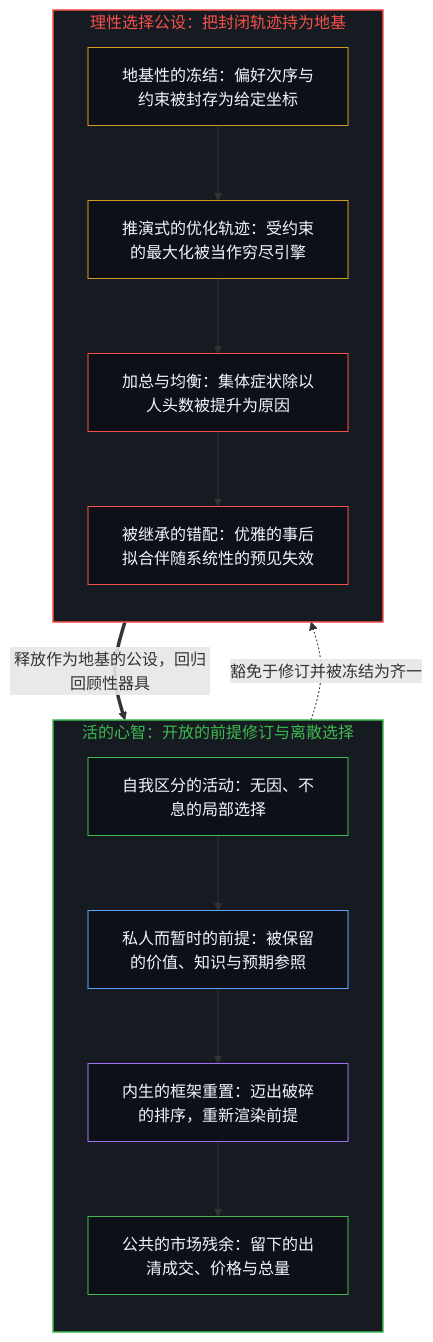
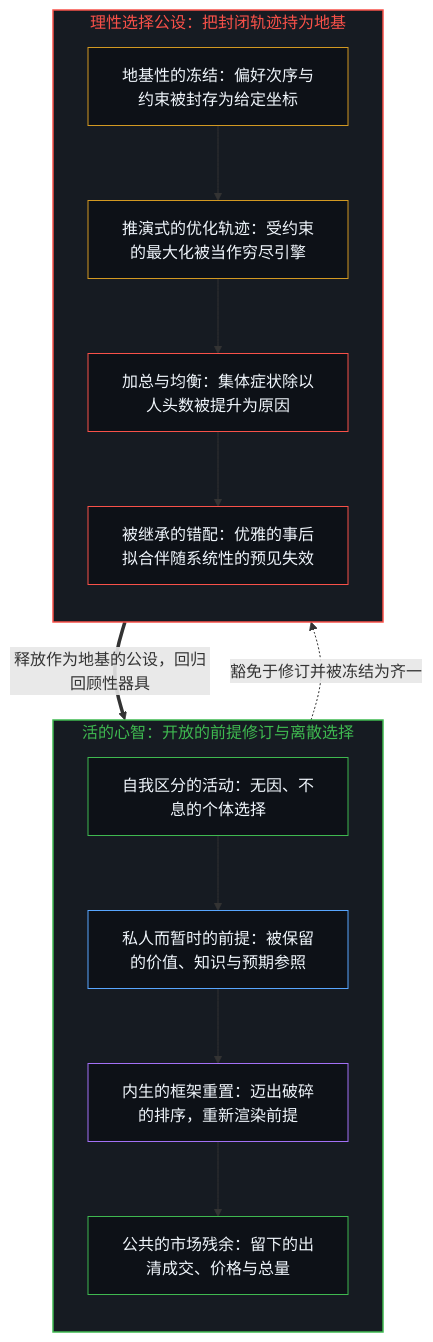
One commit to powerpig99/not-a-toe changed the first of 2 diagrams in content/posts/the-rational-choice-postulate-is-the-original-sin.md. Above: the diagram before and after it, drawn with Mermaid. The commit also changed other lines of this file and 3 other files, not shown here.

````diff
--- a/content/posts/the-rational-choice-postulate-is-the-original-sin.md
+++ b/content/posts/the-rational-choice-postulate-is-the-original-sin.md
@@ -27,34 +27,31 @@
 ```mermaid
 flowchart TD
     subgraph S_Open["活的心智：开放的前提修订与离散选择"]
         direction TB
-        O_Edge["自我区分的活动：无因、不息的局部选择"]
+        O_Edge["自我区分的活动：无因、不息的个体选择"]
         O_Prem["私人而暂时的前提：被保留的价值、知识与预期参照"]
         O_Step["内生的框架重置：迈出破碎的排序，重新渲染前提"]
         O_Trace["公共的市场残余：留下的出清成交、价格与总量"]
         O_Edge --> O_Prem --> O_Step --> O_Trace
     end
-
     subgraph S_Closed["理性选择公设：把封闭轨迹持为地基"]
         direction TB
         C_Freeze["地基性的冻结：偏好次序与约束被封存为给定坐标"]
         C_Opt["推演式的优化轨迹：受约束的最大化被当作穷尽引擎"]
         C_Avg["加总与均衡：集体症状除以人头数被提升为原因"]
         C_Mis["被继承的错配：优雅的事后拟合伴随系统性的预见失效"]
         C_Freeze --> C_Opt --> C_Avg --> C_Mis
     end
-
     O_Prem -.->|"豁免于修订并被冻结为齐一"| C_Freeze
     C_Mis ==>|"释放作为地基的公设，回归回顾性器具"| O_Step
-
     style S_Open fill:#161b22,stroke:#3fb950,stroke-width:1.5px,color:#3fb950
     style S_Closed fill:#161b22,stroke:#f85149,stroke-width:1.5px,color:#f85149
     style O_Edge fill:#0d1117,stroke:#3fb950,stroke-width:1px,color:#f0f6fc
     style O_Prem fill:#0d1117,stroke:#58a6ff,stroke-width:1px,color:#f0f6fc
     style O_Step fill:#0d1117,stroke:#a371f7,stroke-width:1px,color:#f0f6fc
     style O_Trace fill:#0d1117,stroke:#3fb950,stroke-width:1px,color:#f0f6fc
     style C_Freeze fill:#0d1117,stroke:#d29922,stroke-width:1px,color:#f0f6fc
     style C_Opt fill:#0d1117,stroke:#d29922,stroke-width:1px,color:#f0f6fc
     style C_Avg fill:#0d1117,stroke:#f85149,stroke-width:1px,color:#f0f6fc
     style C_Mis fill:#0d1117,stroke:#f85149,stroke-width:1px,color:#f0f6fc
 ```
````
